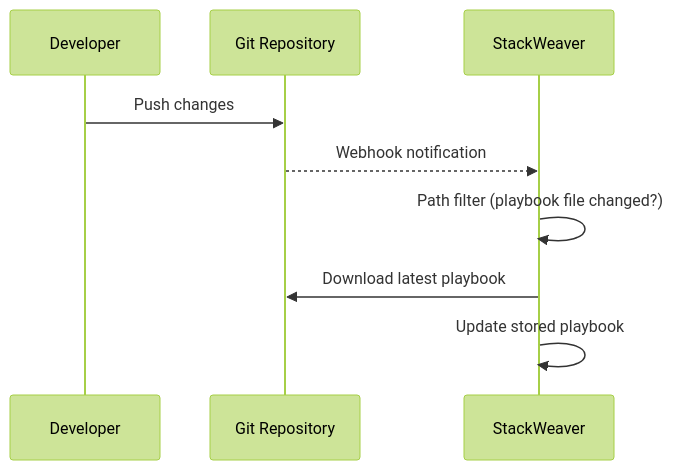
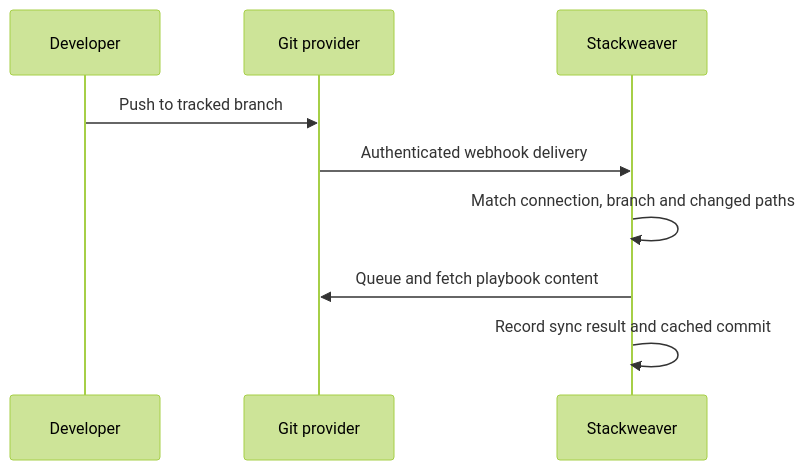
The diagram in docs/features/ansible-playbook-webhook-sync.md (vhco-pro/stackweaver-frontend), drawn with Mermaid (forest theme) before and after one commit. The commit also changed other lines of this file and 168 other files, not shown here.

````diff
--- a/docs/features/ansible-playbook-webhook-sync.md
+++ b/docs/features/ansible-playbook-webhook-sync.md
@@ -18,12 +70,11 @@
 ```mermaid
 sequenceDiagram
     participant Dev as Developer
-    participant Git as Git Repository
-    participant SW as StackWeaver
-
-    Dev->>Git: Push changes
-    Git-->>SW: Webhook notification
-    SW->>SW: Path filter (playbook file changed?)
-    SW->>Git: Download latest playbook
-    SW->>SW: Update stored playbook
+    participant Git as Git provider
+    participant SW as Stackweaver
+    Dev->>Git: Push to tracked branch
+    Git->>SW: Authenticated webhook delivery
+    SW->>SW: Match connection, branch and changed paths
+    SW->>Git: Queue and fetch playbook content
+    SW->>SW: Record sync result and cached commit
 ```
````
